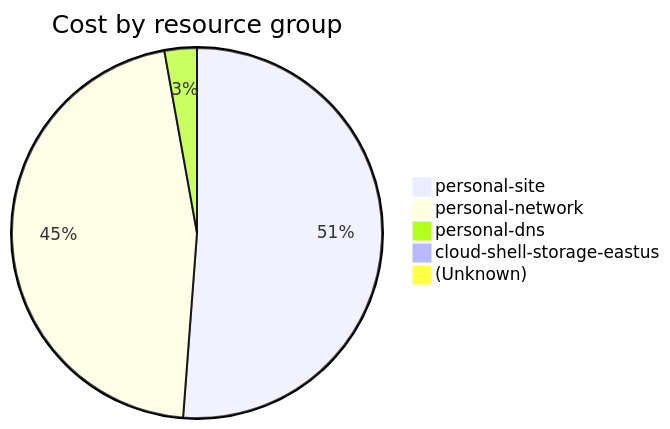
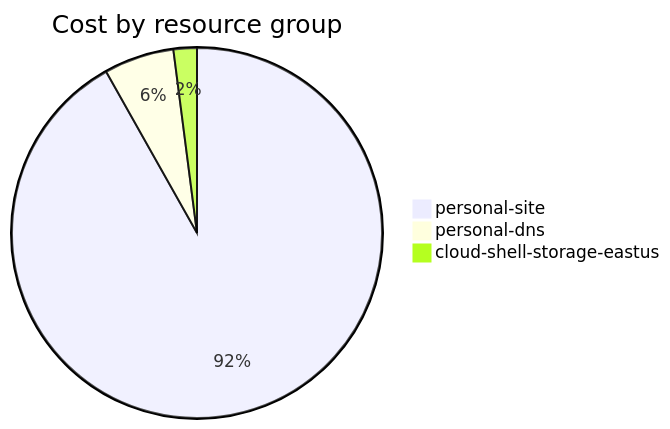
One commit to jpfulton/azure-personal-reports changed the fourth of 4 diagrams in cost-reports/accumulated-cost.md. Above: the diagram before and after it, drawn with Mermaid. The commit also changed other lines of this file and 4 other files, not shown here.

````diff
--- a/cost-reports/accumulated-cost.md
+++ b/cost-reports/accumulated-cost.md
@@ -155,9 +137,7 @@
 ```mermaid
 pie
    title Cost by resource group
-   "personal-site" : 17.75
-   "personal-network" : 15.94
-   "personal-dns" : 0.98
-   "cloud-shell-storage-eastus" : 0.29
-   "(Unknown)" : 0.10
+   "personal-site" : 0.45
+   "personal-dns" : 0.03
+   "cloud-shell-storage-eastus" : 0.01
 ```
````
